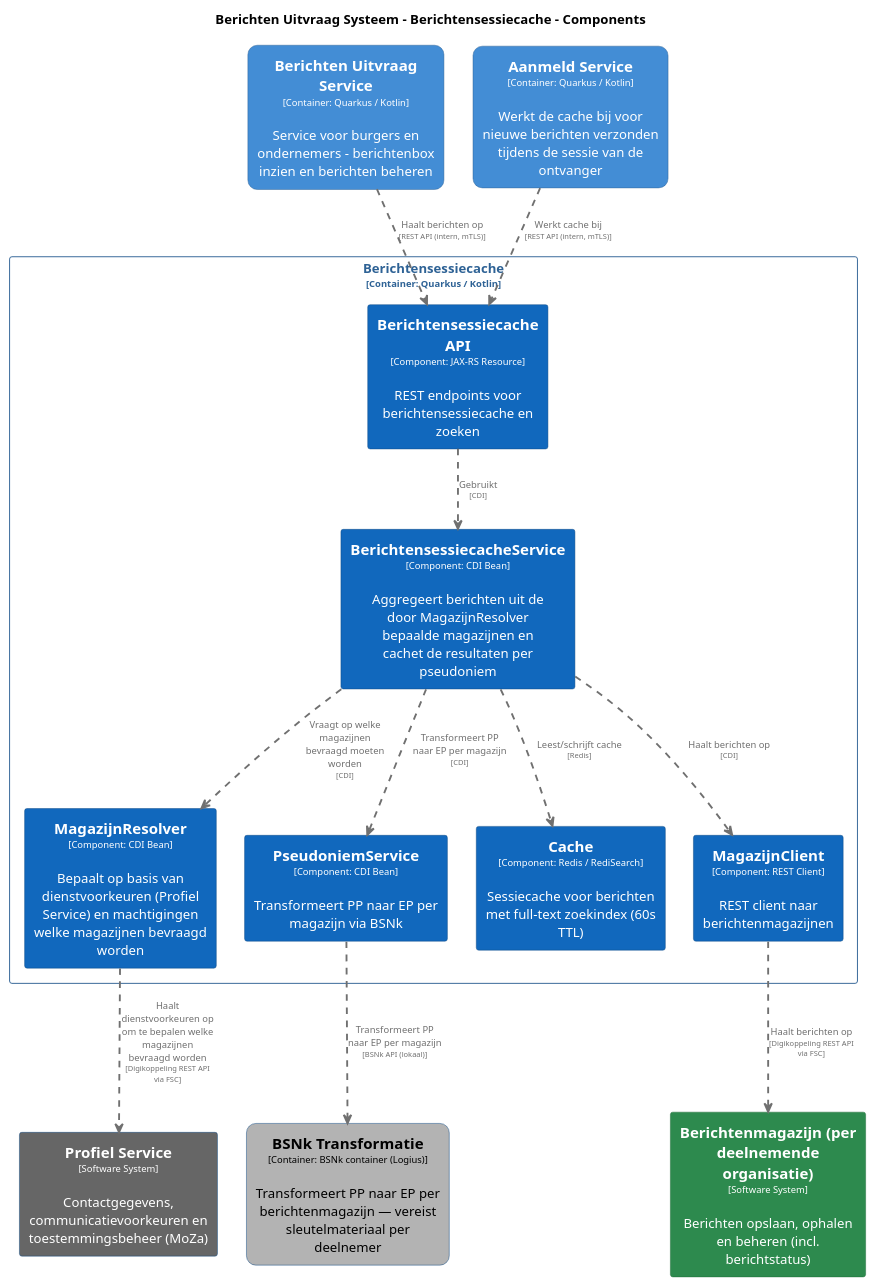
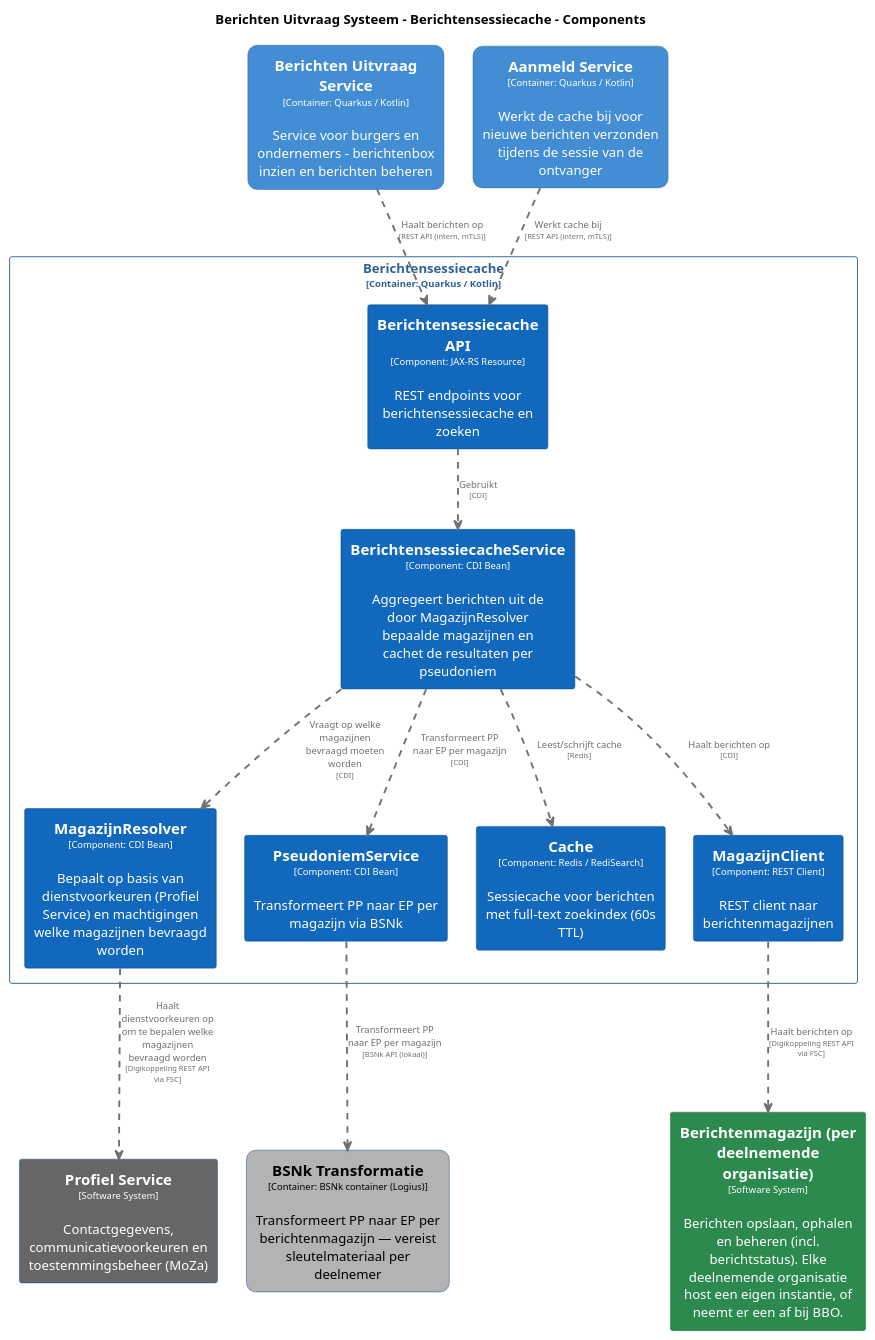
Before and after one commit to MinBZK/moza-poc-fbs-berichtenbox: the diagram in master/puml/BerichtensessiecacheComponenten.puml, drawn with PlantUML. The commit also changed 51 other files, not shown here.

```diff
--- a/master/puml/BerichtensessiecacheComponenten.puml
+++ b/master/puml/BerichtensessiecacheComponenten.puml
@@ -1,118 +1,118 @@
 @startuml
 set separator none
 title Berichten Uitvraag Systeem - Berichtensessiecache - Components
 
 top to bottom direction
 skinparam ranksep 60
 skinparam nodesep 30
 
 skinparam {
   arrowFontSize 10
   defaultTextAlignment center
   wrapWidth 200
   maxMessageSize 100
 }
 
 hide stereotype
 
 skinparam rectangle<<BerichtenUitvraagSysteem.AanmeldService>> {
   BackgroundColor #438dd5
   FontColor #ffffff
   BorderColor #2e6295
   roundCorner 20
   shadowing false
 }
 skinparam rectangle<<BerichtenUitvraagSysteem.BSNkTransformatie>> {
   BackgroundColor #b3b3b3
   FontColor #000000
   BorderColor #0b4884
   roundCorner 20
   shadowing false
 }
 skinparam rectangle<<BerichtenUitvraagSysteem.BerichtenUitvraagService>> {
   BackgroundColor #438dd5
   FontColor #ffffff
   BorderColor #2e6295
   roundCorner 20
   shadowing false
 }
 skinparam rectangle<<Berichtenmagazijnperdeelnemendeorganisatie>> {
   BackgroundColor #2d8a4e
   FontColor #ffffff
   BorderColor #1e6b38
   shadowing false
 }
 skinparam rectangle<<BerichtenUitvraagSysteem.Berichtensessiecache.BerichtensessiecacheAPI>> {
   BackgroundColor #1168bd
   FontColor #ffffff
   BorderColor #0b4884
   shadowing false
 }
 skinparam rectangle<<BerichtenUitvraagSysteem.Berichtensessiecache.BerichtensessiecacheService>> {
   BackgroundColor #1168bd
   FontColor #ffffff
   BorderColor #0b4884
   shadowing false
 }
 skinparam rectangle<<BerichtenUitvraagSysteem.Berichtensessiecache.Cache>> {
   BackgroundColor #1168bd
   FontColor #ffffff
   BorderColor #0b4884
   shadowing false
 }
 skinparam rectangle<<BerichtenUitvraagSysteem.Berichtensessiecache.MagazijnClient>> {
   BackgroundColor #1168bd
   FontColor #ffffff
   BorderColor #0b4884
   shadowing false
 }
 skinparam rectangle<<BerichtenUitvraagSysteem.Berichtensessiecache.MagazijnResolver>> {
   BackgroundColor #1168bd
   FontColor #ffffff
   BorderColor #0b4884
   shadowing false
 }
 skinparam rectangle<<ProfielService>> {
   BackgroundColor #666666
   FontColor #ffffff
   BorderColor #0b4884
   shadowing false
 }
 skinparam rectangle<<BerichtenUitvraagSysteem.Berichtensessiecache.PseudoniemService>> {
   BackgroundColor #1168bd
   FontColor #ffffff
   BorderColor #0b4884
   shadowing false
 }
 skinparam rectangle<<BerichtenUitvraagSysteem.Berichtensessiecache>> {
   BorderColor #2e6295
   FontColor #2e6295
   shadowing false
 }
 
 rectangle "==Profiel Service\n<size:10>[Software System]</size>\n\nContactgegevens, communicatievoorkeuren en toestemmingsbeheer (MoZa)" <<ProfielService>> as ProfielService
-rectangle "==Berichtenmagazijn (per deelnemende organisatie)\n<size:10>[Software System]</size>\n\nBerichten opslaan, ophalen en beheren (incl. berichtstatus)" <<Berichtenmagazijnperdeelnemendeorganisatie>> as Berichtenmagazijnperdeelnemendeorganisatie
+rectangle "==Berichtenmagazijn (per deelnemende organisatie)\n<size:10>[Software System]</size>\n\nBerichten opslaan, ophalen en beheren (incl. berichtstatus). Elke deelnemende organisatie host een eigen instantie, of neemt er een af bij BBO." <<Berichtenmagazijnperdeelnemendeorganisatie>> as Berichtenmagazijnperdeelnemendeorganisatie
 rectangle "==Berichten Uitvraag Service\n<size:10>[Container: Quarkus / Kotlin]</size>\n\nService voor burgers en ondernemers - berichtenbox inzien en berichten beheren" <<BerichtenUitvraagSysteem.BerichtenUitvraagService>> as BerichtenUitvraagSysteem.BerichtenUitvraagService
 rectangle "==BSNk Transformatie\n<size:10>[Container: BSNk container (Logius)]</size>\n\nTransformeert PP naar EP per berichtenmagazijn — vereist sleutelmateriaal per deelnemer" <<BerichtenUitvraagSysteem.BSNkTransformatie>> as BerichtenUitvraagSysteem.BSNkTransformatie
 rectangle "==Aanmeld Service\n<size:10>[Container: Quarkus / Kotlin]</size>\n\nWerkt de cache bij voor nieuwe berichten verzonden tijdens de sessie van de ontvanger" <<BerichtenUitvraagSysteem.AanmeldService>> as BerichtenUitvraagSysteem.AanmeldService
 
 rectangle "Berichtensessiecache\n<size:10>[Container: Quarkus / Kotlin]</size>" <<BerichtenUitvraagSysteem.Berichtensessiecache>> {
   rectangle "==Berichtensessiecache API\n<size:10>[Component: JAX-RS Resource]</size>\n\nREST endpoints voor berichtensessiecache en zoeken" <<BerichtenUitvraagSysteem.Berichtensessiecache.BerichtensessiecacheAPI>> as BerichtenUitvraagSysteem.Berichtensessiecache.BerichtensessiecacheAPI
   rectangle "==MagazijnResolver\n<size:10>[Component: CDI Bean]</size>\n\nBepaalt op basis van dienstvoorkeuren (Profiel Service) en machtigingen welke magazijnen bevraagd worden" <<BerichtenUitvraagSysteem.Berichtensessiecache.MagazijnResolver>> as BerichtenUitvraagSysteem.Berichtensessiecache.MagazijnResolver
   rectangle "==PseudoniemService\n<size:10>[Component: CDI Bean]</size>\n\nTransformeert PP naar EP per magazijn via BSNk" <<BerichtenUitvraagSysteem.Berichtensessiecache.PseudoniemService>> as BerichtenUitvraagSysteem.Berichtensessiecache.PseudoniemService
   rectangle "==BerichtensessiecacheService\n<size:10>[Component: CDI Bean]</size>\n\nAggregeert berichten uit de door MagazijnResolver bepaalde magazijnen en cachet de resultaten per pseudoniem" <<BerichtenUitvraagSysteem.Berichtensessiecache.BerichtensessiecacheService>> as BerichtenUitvraagSysteem.Berichtensessiecache.BerichtensessiecacheService
   rectangle "==Cache\n<size:10>[Component: Redis / RediSearch]</size>\n\nSessiecache voor berichten met full-text zoekindex (60s TTL)" <<BerichtenUitvraagSysteem.Berichtensessiecache.Cache>> as BerichtenUitvraagSysteem.Berichtensessiecache.Cache
   rectangle "==MagazijnClient\n<size:10>[Component: REST Client]</size>\n\nREST client naar berichtenmagazijnen" <<BerichtenUitvraagSysteem.Berichtensessiecache.MagazijnClient>> as BerichtenUitvraagSysteem.Berichtensessiecache.MagazijnClient
 }
 
 BerichtenUitvraagSysteem.Berichtensessiecache.MagazijnResolver .[#707070,thickness=2].> ProfielService : "<color:#707070>Haalt dienstvoorkeuren op om te bepalen welke magazijnen bevraagd worden\n<color:#707070><size:8>[Digikoppeling REST API via FSC]</size>"
 BerichtenUitvraagSysteem.Berichtensessiecache.MagazijnClient .[#707070,thickness=2].> Berichtenmagazijnperdeelnemendeorganisatie : "<color:#707070>Haalt berichten op\n<color:#707070><size:8>[Digikoppeling REST API via FSC]</size>"
 BerichtenUitvraagSysteem.Berichtensessiecache.BerichtensessiecacheAPI .[#707070,thickness=2].> BerichtenUitvraagSysteem.Berichtensessiecache.BerichtensessiecacheService : "<color:#707070>Gebruikt\n<color:#707070><size:8>[CDI]</size>"
 BerichtenUitvraagSysteem.Berichtensessiecache.BerichtensessiecacheService .[#707070,thickness=2].> BerichtenUitvraagSysteem.Berichtensessiecache.MagazijnResolver : "<color:#707070>Vraagt op welke magazijnen bevraagd moeten worden\n<color:#707070><size:8>[CDI]</size>"
 BerichtenUitvraagSysteem.Berichtensessiecache.BerichtensessiecacheService .[#707070,thickness=2].> BerichtenUitvraagSysteem.Berichtensessiecache.PseudoniemService : "<color:#707070>Transformeert PP naar EP per magazijn\n<color:#707070><size:8>[CDI]</size>"
 BerichtenUitvraagSysteem.Berichtensessiecache.BerichtensessiecacheService .[#707070,thickness=2].> BerichtenUitvraagSysteem.Berichtensessiecache.Cache : "<color:#707070>Leest/schrijft cache\n<color:#707070><size:8>[Redis]</size>"
 BerichtenUitvraagSysteem.Berichtensessiecache.BerichtensessiecacheService .[#707070,thickness=2].> BerichtenUitvraagSysteem.Berichtensessiecache.MagazijnClient : "<color:#707070>Haalt berichten op\n<color:#707070><size:8>[CDI]</size>"
 BerichtenUitvraagSysteem.Berichtensessiecache.PseudoniemService .[#707070,thickness=2].> BerichtenUitvraagSysteem.BSNkTransformatie : "<color:#707070>Transformeert PP naar EP per magazijn\n<color:#707070><size:8>[BSNk API (lokaal)]</size>"
 BerichtenUitvraagSysteem.AanmeldService .[#707070,thickness=2].> BerichtenUitvraagSysteem.Berichtensessiecache.BerichtensessiecacheAPI : "<color:#707070>Werkt cache bij\n<color:#707070><size:8>[REST API (intern, mTLS)]</size>"
 BerichtenUitvraagSysteem.BerichtenUitvraagService .[#707070,thickness=2].> BerichtenUitvraagSysteem.Berichtensessiecache.BerichtensessiecacheAPI : "<color:#707070>Haalt berichten op\n<color:#707070><size:8>[REST API (intern, mTLS)]</size>"
 @enduml
```
